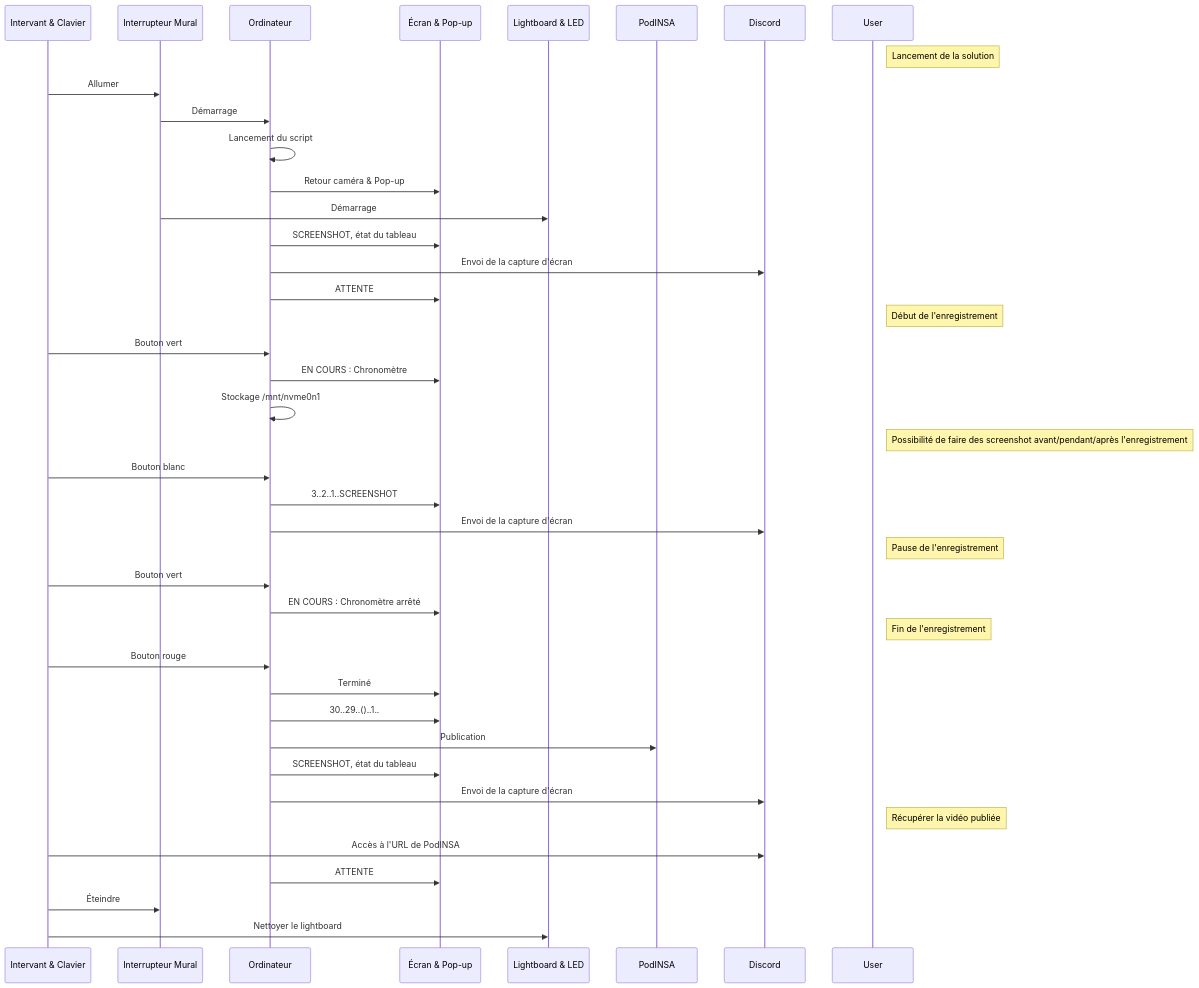
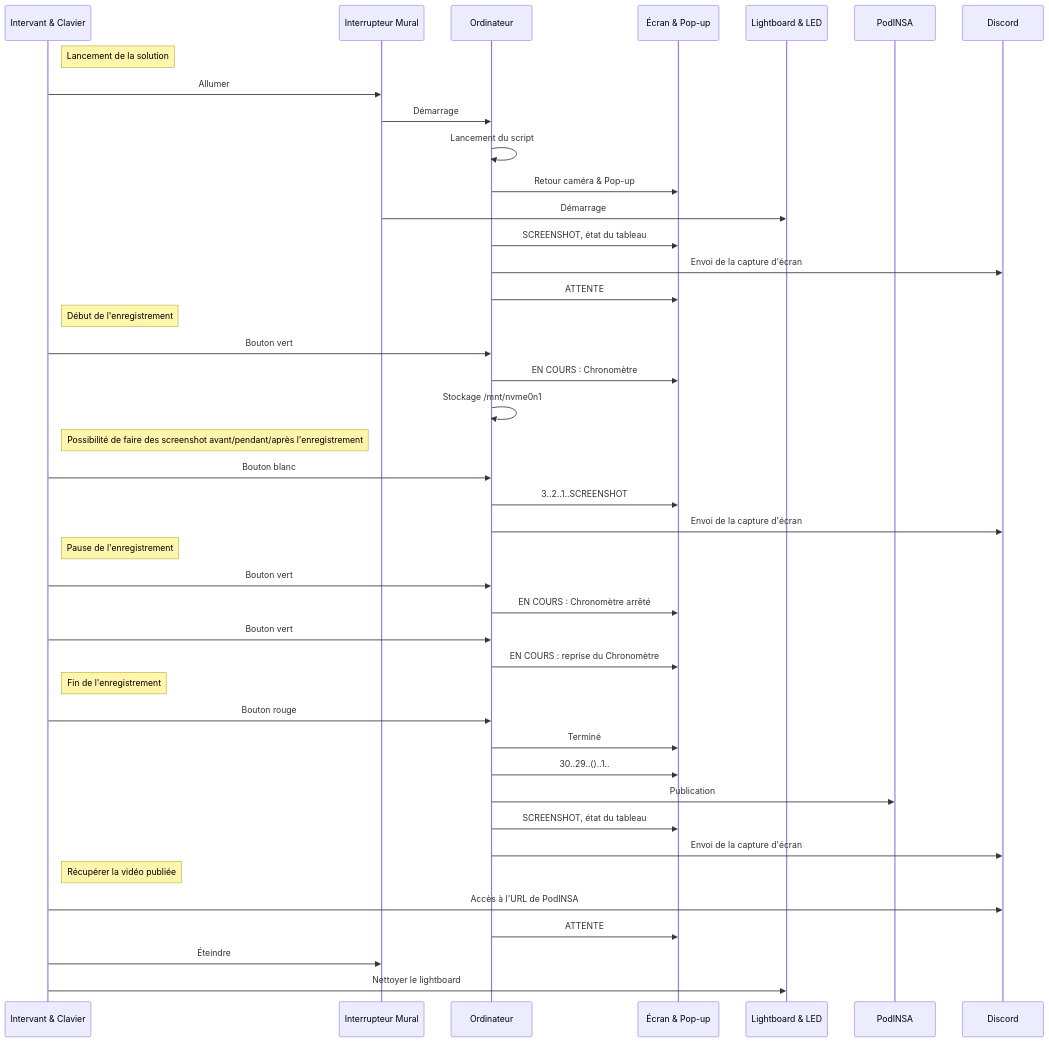
Before and after one commit to Zinebhfs/SIR-Lightboard: the second of 3 diagrams in README.md, drawn with Mermaid.

Commit message:
Mise à jour diagramme séquence utilisation

````diff
--- a/README.md
+++ b/README.md
@@ -106,55 +106,57 @@
 ```mermaid
 sequenceDiagram
     participant Intervant & Clavier
     participant Interrupteur Mural
     participant Ordinateur
     participant Écran & Pop-up
     participant Lightboard & LED
     participant PodINSA
     participant Discord
 
-    Note right of User: Lancement de la solution
+    Note right of Intervant & Clavier: Lancement de la solution
 
     Intervant & Clavier ->> Interrupteur Mural: Allumer
     Interrupteur Mural ->> Ordinateur: Démarrage
     Ordinateur ->> Ordinateur: Lancement du script
     Ordinateur ->> Écran & Pop-up: Retour caméra & Pop-up
     Interrupteur Mural ->> Lightboard & LED: Démarrage
     Ordinateur ->> Écran & Pop-up: SCREENSHOT, état du tableau
     Ordinateur ->> Discord: Envoi de la capture d'écran
     Ordinateur ->> Écran & Pop-up: ATTENTE
 
-    Note right of User: Début de l'enregistrement
+    Note right of Intervant & Clavier: Début de l'enregistrement
 
     Intervant & Clavier ->> Ordinateur: Bouton vert
     Ordinateur ->> Écran & Pop-up: EN COURS : Chronomètre
     Ordinateur ->> Ordinateur: Stockage /mnt/nvme0n1
 
-    Note right of User: Possibilité de faire des screenshot avant/pendant/après l'enregistrement
+    Note right of Intervant & Clavier: Possibilité de faire des screenshot avant/pendant/après l'enregistrement
 
     Intervant & Clavier ->> Ordinateur: Bouton blanc
     Ordinateur ->> Écran & Pop-up: 3..2..1..SCREENSHOT
     Ordinateur ->> Discord: Envoi de la capture d'écran
 
-    Note right of User: Pause de l'enregistrement
+    Note right of Intervant & Clavier: Pause de l'enregistrement
 
     Intervant & Clavier ->> Ordinateur: Bouton vert
     Ordinateur ->> Écran & Pop-up: EN COURS : Chronomètre arrêté
+    Intervant & Clavier ->> Ordinateur: Bouton vert
+    Ordinateur ->> Écran & Pop-up: EN COURS : reprise du Chronomètre
 
-    Note right of User: Fin de l'enregistrement
+    Note right of Intervant & Clavier: Fin de l'enregistrement
 
     Intervant & Clavier ->> Ordinateur: Bouton rouge
     Ordinateur ->> Écran & Pop-up: Terminé
     Ordinateur ->> Écran & Pop-up: 30..29..()..1..
     Ordinateur ->> PodINSA: Publication
     Ordinateur ->> Écran & Pop-up: SCREENSHOT, état du tableau
     Ordinateur ->> Discord: Envoi de la capture d'écran
 
-    Note right of User: Récupérer la vidéo publiée
+    Note right of Intervant & Clavier: Récupérer la vidéo publiée
 
     Intervant & Clavier ->> Discord: Accès à l'URL de PodINSA
     Ordinateur ->> Écran & Pop-up: ATTENTE
 
     Intervant & Clavier ->> Interrupteur Mural: Éteindre
     Intervant & Clavier ->> Lightboard & LED: Nettoyer le lightboard
 ```
````
